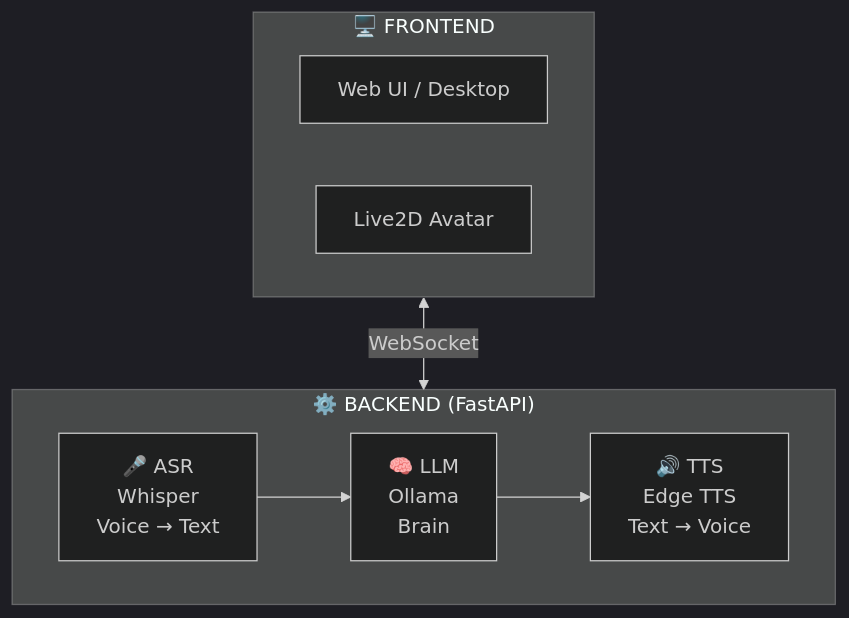
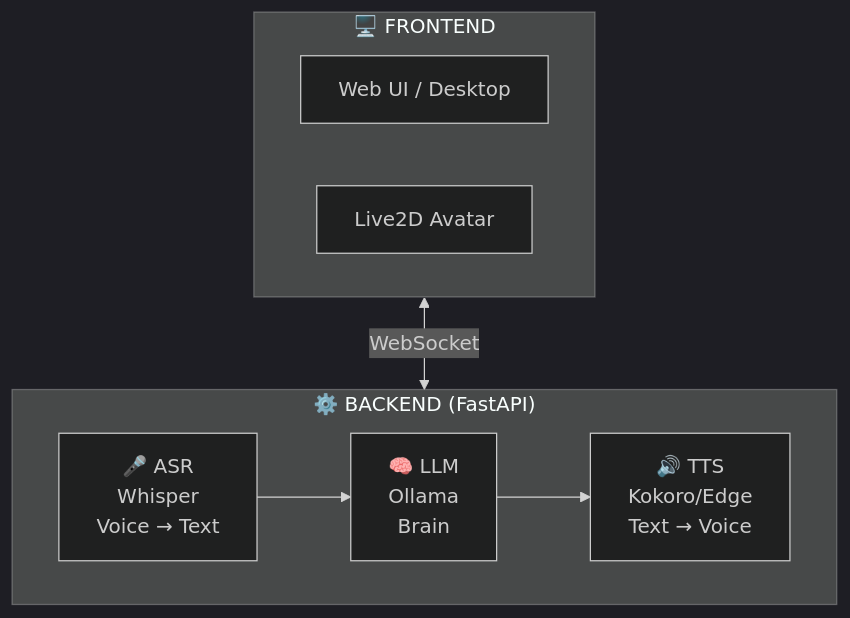
Before and after one commit to LiiLk/Local-AI-Companion: the diagram in README.md, drawn with Mermaid (dark theme). The commit also changed other lines of this file, not shown here.

Commit message:
📝 docs: Update README with TTS module progress

````diff
--- a/README.md
+++ b/README.md
@@ -69,16 +72,16 @@
 ```mermaid
 flowchart TB
     subgraph Frontend["🖥️ FRONTEND"]
         UI["Web UI / Desktop"]
         Live2D["Live2D Avatar"]
     end
     
     subgraph Backend["⚙️ BACKEND (FastAPI)"]
         ASR["🎤 ASR<br/>Whisper<br/>Voice → Text"]
         LLM["🧠 LLM<br/>Ollama<br/>Brain"]
-        TTS["🔊 TTS<br/>Edge TTS<br/>Text → Voice"]
+        TTS["🔊 TTS<br/>Kokoro/Edge<br/>Text → Voice"]
     end
     
     Frontend <-->|WebSocket| Backend
     ASR --> LLM --> TTS
 ```
````
